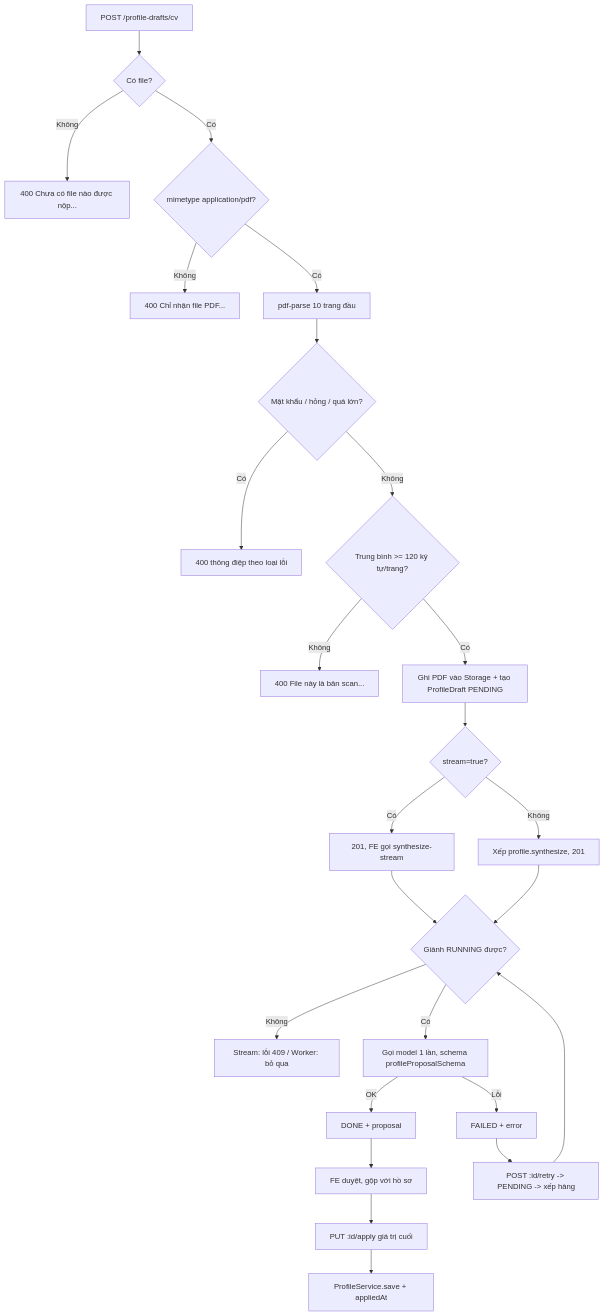
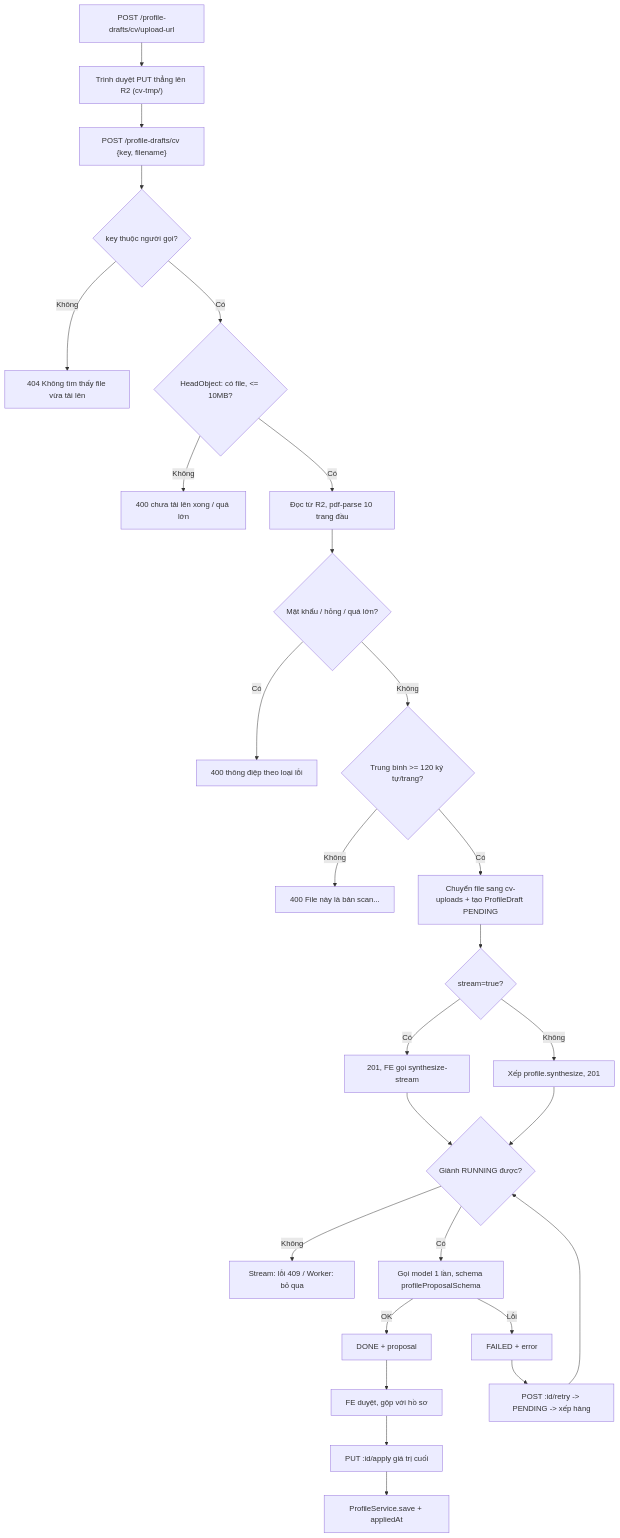
Before and after one commit to BuiThienHoang221204/ai-job-search: the first of 4 diagrams in docs/business-flows/modules/cv-import.md, drawn with Mermaid. The commit also changed other lines of this file and 18 other files, not shown here.

First line of the commit message:
feat(profile-sources): upload CVs straight to R2 with presigned URLs

````diff
--- a/docs/business-flows/modules/cv-import.md
+++ b/docs/business-flows/modules/cv-import.md
@@ -182,27 +183,29 @@
 ```mermaid
 flowchart TD
-    UP["POST /profile-drafts/cv"] --> F{"Có file?"}
-    F -- "Không" --> E1["400 Chưa có file nào được nộp..."]
-    F -- "Có" --> M{"mimetype application/pdf?"}
-    M -- "Không" --> E2["400 Chỉ nhận file PDF..."]
-    M -- "Có" --> P["pdf-parse 10 trang đầu"]
+    URL["POST /profile-drafts/cv/upload-url"] --> PUT["Trình duyệt PUT thẳng lên R2 (cv-tmp/)"]
+    PUT --> UP["POST /profile-drafts/cv {key, filename}"]
+    UP --> K{"key thuộc người gọi?"}
+    K -- "Không" --> E1["404 Không tìm thấy file vừa tải lên"]
+    K -- "Có" --> H{"HeadObject: có file, <= 10MB?"}
+    H -- "Không" --> E2["400 chưa tải lên xong / quá lớn"]
+    H -- "Có" --> P["Đọc từ R2, pdf-parse 10 trang đầu"]
     P --> PE{"Mật khẩu / hỏng / quá lớn?"}
     PE -- "Có" --> E3["400 thông điệp theo loại lỗi"]
     PE -- "Không" --> TL{"Trung bình >= 120 ký tự/trang?"}
     TL -- "Không" --> E4["400 File này là bản scan..."]
-    TL -- "Có" --> S["Ghi PDF vào Storage + tạo ProfileDraft PENDING"]
+    TL -- "Có" --> S["Chuyển file sang cv-uploads + tạo ProfileDraft PENDING"]
     S --> ST{"stream=true?"}
     ST -- "Có" --> R1["201, FE gọi synthesize-stream"]
     ST -- "Không" --> Q["Xếp profile.synthesize, 201"]
     R1 --> C{"Giành RUNNING được?"}
     Q --> C
     C -- "Không" --> SK["Stream: lỗi 409 / Worker: bỏ qua"]
     C -- "Có" --> AI["Gọi model 1 lần, schema profileProposalSchema"]
     AI -- "OK" --> D["DONE + proposal"]
     AI -- "Lỗi" --> FL["FAILED + error"]
     D --> RV["FE duyệt, gộp với hồ sơ"]
     RV --> AP["PUT :id/apply giá trị cuối"]
     AP --> PS["ProfileService.save + appliedAt"]
     FL --> RT["POST :id/retry -> PENDING -> xếp hàng"]
     RT --> C
 ```
````
